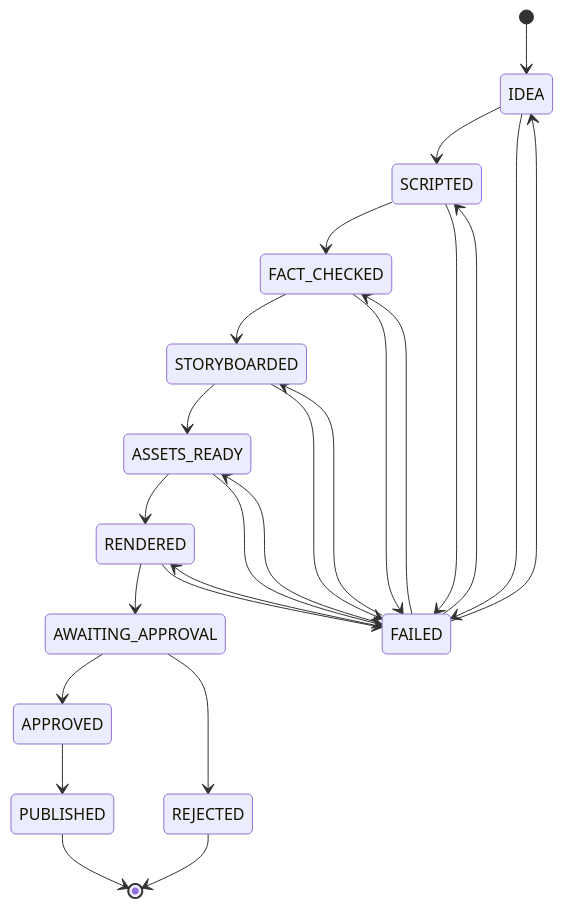
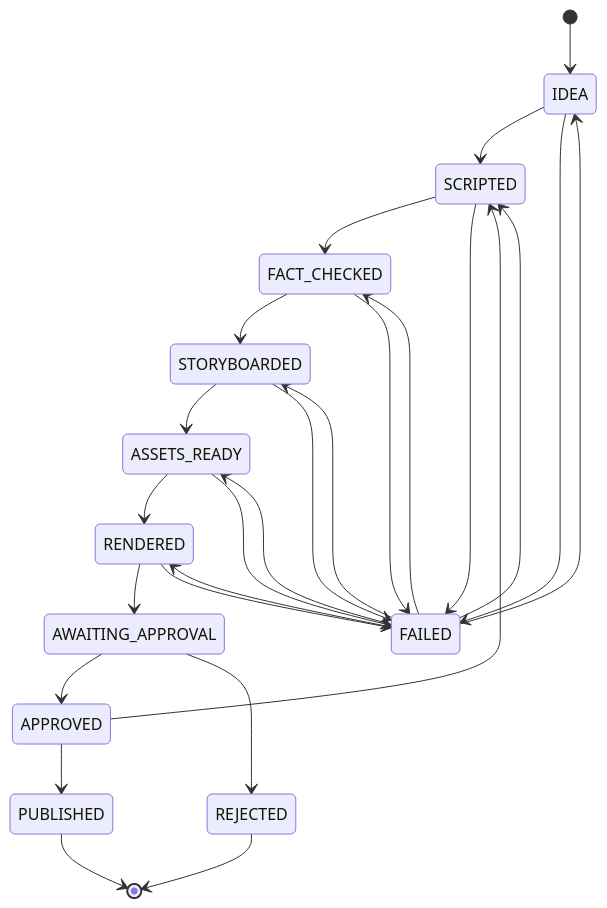
Before and after one commit to rodrigorodes/youtube-faceless-starter: the diagram in docs/10-arquitetura.md, drawn with Mermaid. The commit also changed 211 other files, not shown here.

````diff
--- a/docs/10-arquitetura.md
+++ b/docs/10-arquitetura.md
@@ -11,27 +11,28 @@
 ```mermaid
 stateDiagram-v2
     [*] --> IDEA
     IDEA --> SCRIPTED
     IDEA --> FAILED
     SCRIPTED --> FACT_CHECKED
     SCRIPTED --> FAILED
     FACT_CHECKED --> STORYBOARDED
     FACT_CHECKED --> FAILED
     STORYBOARDED --> ASSETS_READY
     STORYBOARDED --> FAILED
     ASSETS_READY --> RENDERED
     ASSETS_READY --> FAILED
     RENDERED --> AWAITING_APPROVAL
     RENDERED --> FAILED
     AWAITING_APPROVAL --> APPROVED
     AWAITING_APPROVAL --> REJECTED
+    APPROVED --> SCRIPTED
     APPROVED --> PUBLISHED
     FAILED --> IDEA
     FAILED --> SCRIPTED
     FAILED --> FACT_CHECKED
     FAILED --> STORYBOARDED
     FAILED --> ASSETS_READY
     FAILED --> RENDERED
     PUBLISHED --> [*]
     REJECTED --> [*]
 ```
````
